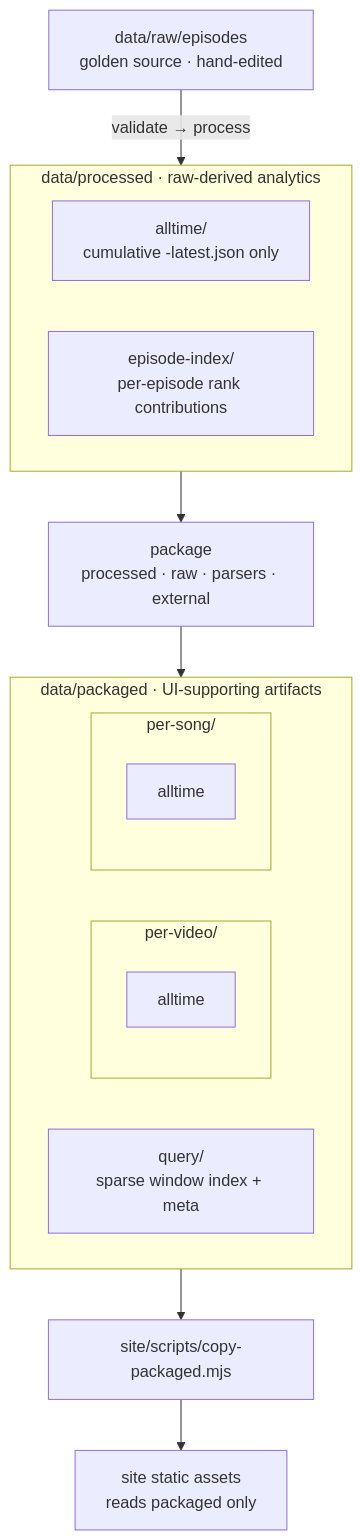
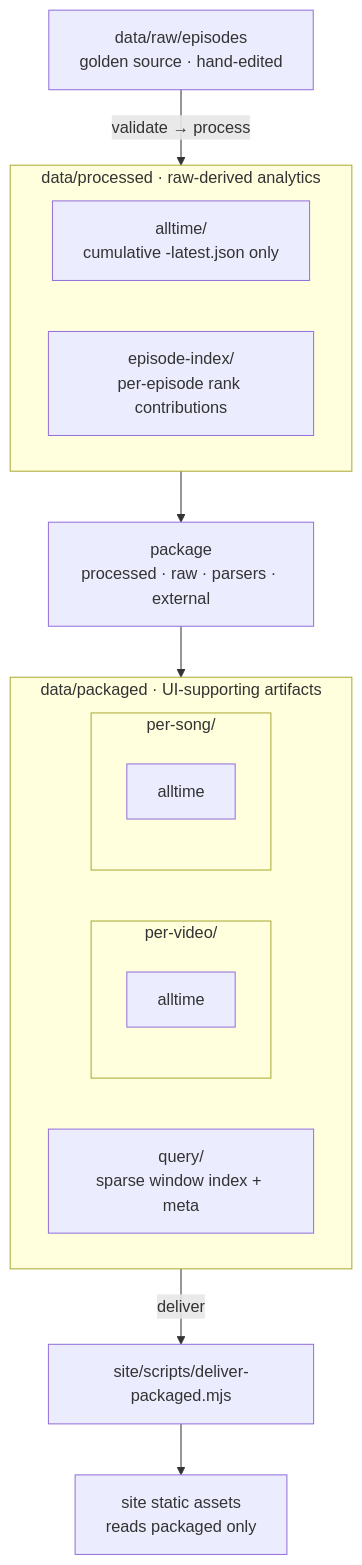
The diagram in data/README.md (ruslanbes/eurovision-top-20), drawn with Mermaid before and after one commit. The commit also changed other lines of this file and 10 other files, not shown here.

Commit message:
reanmed copy -> deliver

````diff
--- a/data/README.md
+++ b/data/README.md
@@ -9,30 +9,30 @@
 ```mermaid
 flowchart TB
   raw["data/raw/episodes<br/>golden source · hand-edited"]
 
   subgraph processed["data/processed · raw-derived analytics"]
     alltime["alltime/<br/>cumulative -latest.json only"]
     episode_index["episode-index/<br/>per-episode rank contributions"]
   end
 
   package["package<br/>processed · raw · parsers · external"]
 
   subgraph packaged["data/packaged · UI-supporting artifacts"]
     direction LR
     query["query/<br/>sparse window index + meta"]
     subgraph per_video["per-video/"]
       pv_alltime["alltime"]
     end
     subgraph per_song["per-song/"]
       ps_alltime["alltime"]
     end
   end
 
-  prebuild["site/scripts/copy-packaged.mjs"]
+  deliver["site/scripts/deliver-packaged.mjs"]
   site["site static assets<br/>reads packaged only"]
 
   raw -->|"validate → process"| processed
   processed --> package
   package --> packaged
-  packaged --> prebuild --> site
+  packaged -->|"deliver"| deliver --> site
 ```
````
